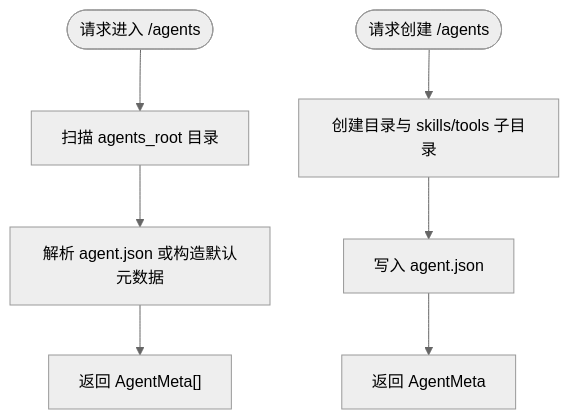
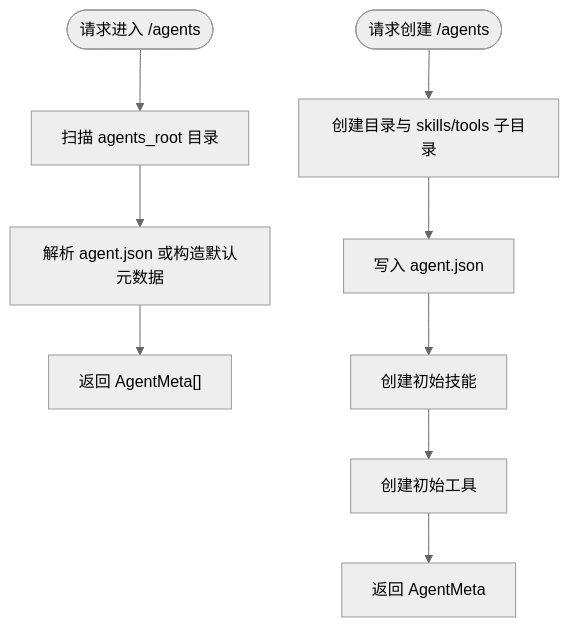
One commit to YU-JI-KUI/ark-agentic changed the sixth of 10 diagrams in repowiki/zh/content/Studio 开发工具/Studio 开发工具.md. Above: the diagram before and after it, drawn with Mermaid (neutral theme). The commit also changed other lines of this file and 116 other files, not shown here.

````diff
--- a/repowiki/zh/content/Studio 开发工具/Studio 开发工具.md
+++ b/repowiki/zh/content/Studio 开发工具/Studio 开发工具.md
@@ -252,9 +300,11 @@
 ```mermaid
 flowchart TD
 Start(["请求进入 /agents"]) --> Scan["扫描 agents_root 目录"]
 Scan --> Parse["解析 agent.json 或构造默认元数据"]
 Parse --> List["返回 AgentMeta[]"]
 Start2(["请求创建 /agents"]) --> CreateDirs["创建目录与 skills/tools 子目录"]
 CreateDirs --> WriteMeta["写入 agent.json"]
-WriteMeta --> ReturnMeta["返回 AgentMeta"]
+WriteMeta --> CreateSkills["创建初始技能"]
+CreateSkills --> CreateTools["创建初始工具"]
+CreateTools --> ReturnMeta["返回 AgentMeta"]
 ```
````
